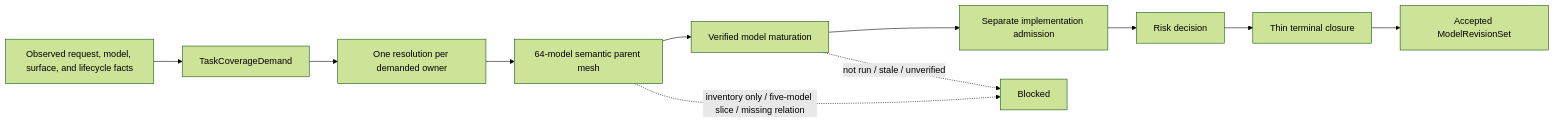
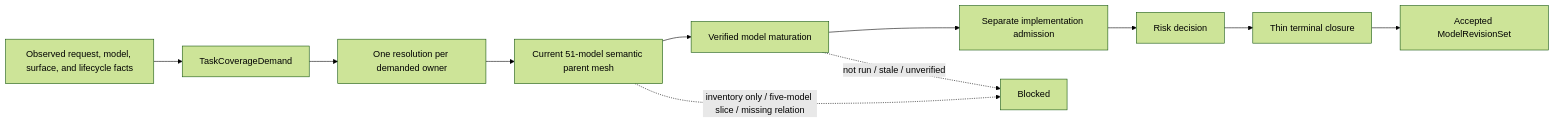
Before and after one commit to liuyingxuvka/FlowGuard: the diagram in docs/flowguard_self_understanding_semantic_mesh.md, drawn with Mermaid (forest theme). The commit also changed other lines of this file and 603 other files, not shown here.

Commit message:
v0.68.7: converge FlowGuard model and skill projections

````diff
--- a/docs/flowguard_self_understanding_semantic_mesh.md
+++ b/docs/flowguard_self_understanding_semantic_mesh.md
@@ -15,13 +15,13 @@
 ```mermaid
 flowchart LR
     A["Observed request, model, surface, and lifecycle facts"] --> B["TaskCoverageDemand"]
     B --> C["One resolution per demanded owner"]
-    C --> D["64-model semantic parent mesh"]
+    C --> D["Current 51-model semantic parent mesh"]
     D --> E["Verified model maturation"]
     E --> F["Separate implementation admission"]
     F --> G["Risk decision"]
     G --> H["Thin terminal closure"]
     H --> I["Accepted ModelRevisionSet"]
     D -. "inventory only / five-model slice / missing relation" .-> X["Blocked"]
     E -. "not run / stale / unverified" .-> X
 ```
````
